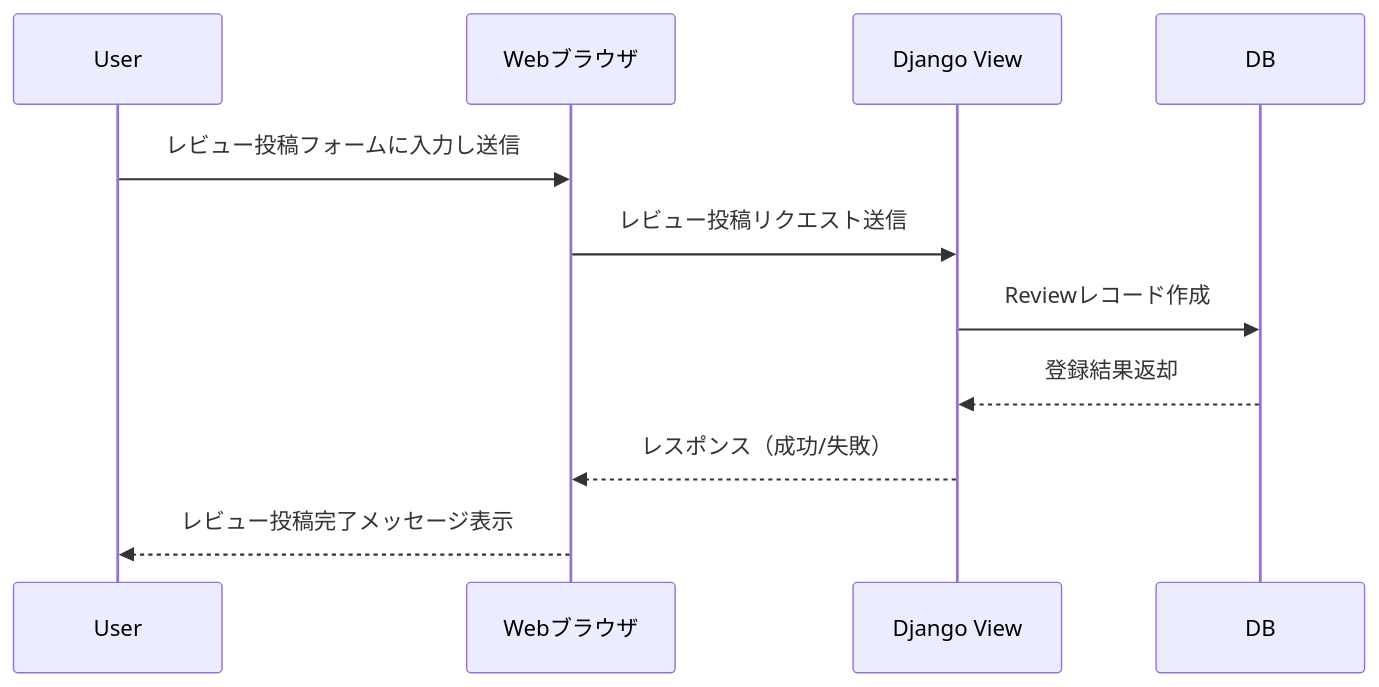
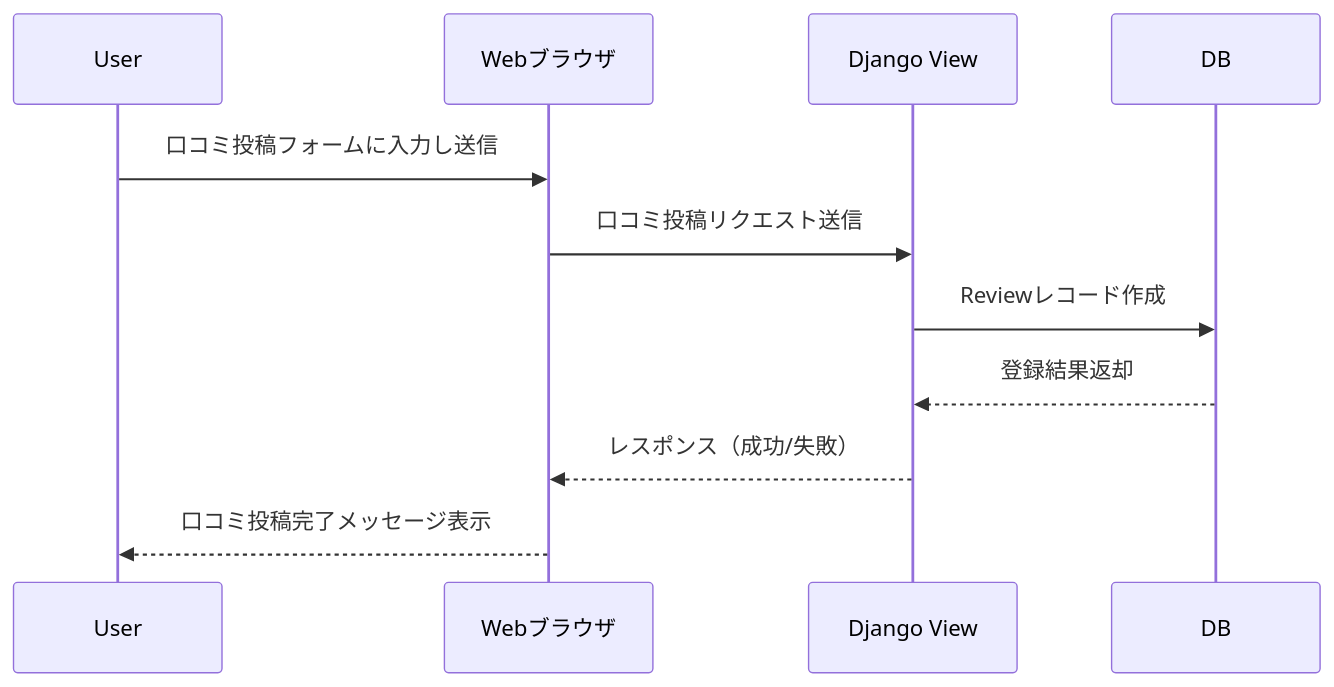
One commit to jam006097/kids-playground changed the second of 9 diagrams in docs/sequence.md. Above: the diagram before and after it, drawn with Mermaid. The commit also changed other lines of this file and 4 other files, not shown here.

````diff
--- a/docs/sequence.md
+++ b/docs/sequence.md
@@ -24,14 +24,14 @@
 ```mermaid
 sequenceDiagram
     participant User
     participant Web as Webブラウザ
     participant View as Django View
     participant DB as DB
 
-    User->>Web: レビュー投稿フォームに入力し送信
-    Web->>View: レビュー投稿リクエスト送信
+    User->>Web: 口コミ投稿フォームに入力し送信
+    Web->>View: 口コミ投稿リクエスト送信
     View->>DB: Reviewレコード作成
     DB-->>View: 登録結果返却
     View-->>Web: レスポンス（成功/失敗）
-    Web-->>User: レビュー投稿完了メッセージ表示
+    Web-->>User: 口コミ投稿完了メッセージ表示
 ```
````
